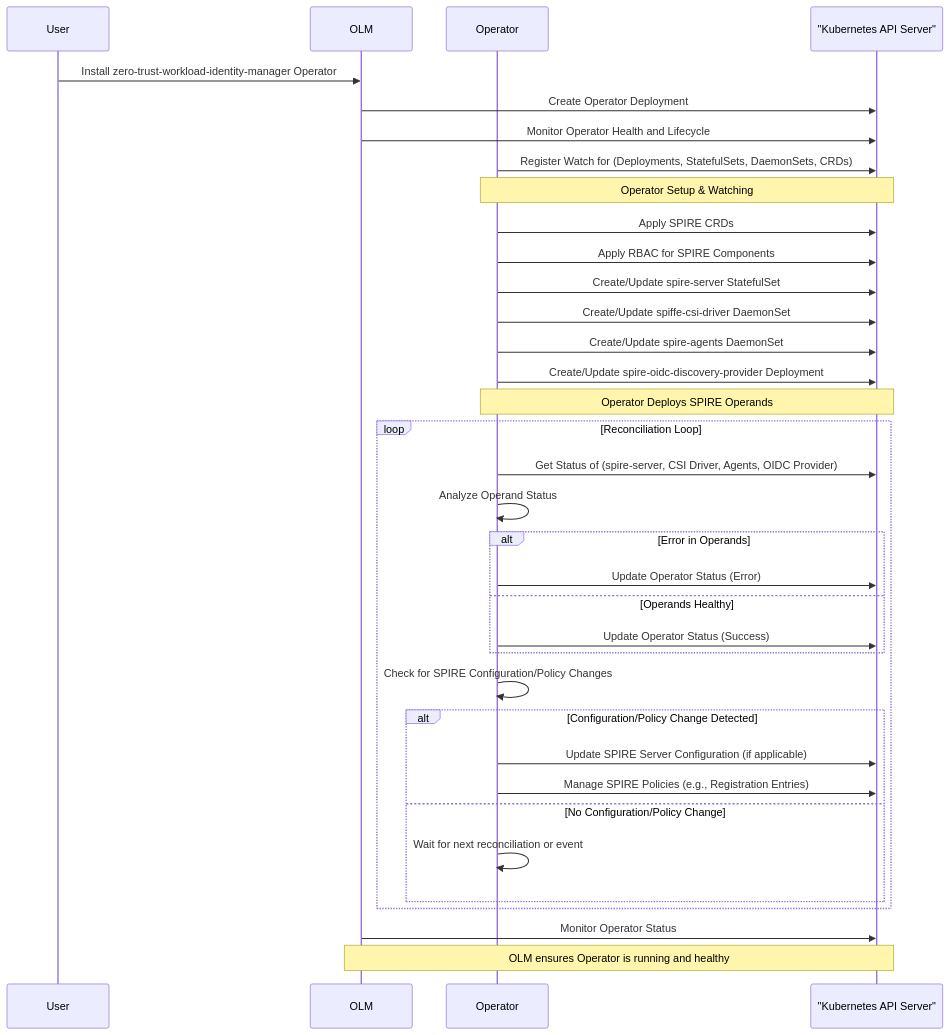
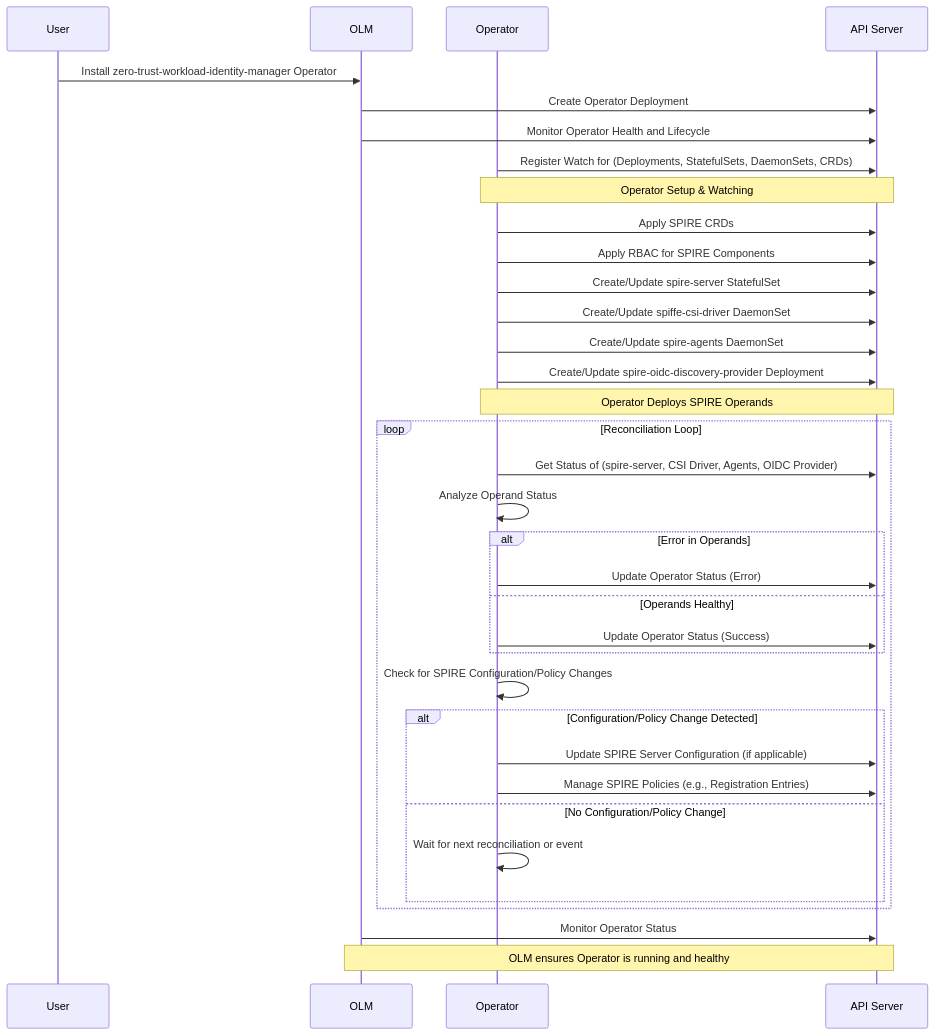
The diagram in enhancements/workload-identity-management/zero-trust-workload-identity-manager.md (openshift/enhancements), drawn with Mermaid before and after one commit. The commit also changed other lines of this file, not shown here.

Commit message:
removes the HA for spire servers from goals in TP

````diff
--- a/enhancements/workload-identity-management/zero-trust-workload-identity-manager.md
+++ b/enhancements/workload-identity-management/zero-trust-workload-identity-manager.md
@@ -177,46 +176,46 @@
 ```mermaid
 sequenceDiagram
     participant User
     participant OLM
     participant Operator
-    participant "Kubernetes API Server"
+    participant API Server
 
     User ->> OLM: Install zero-trust-workload-identity-manager Operator
-    OLM ->> "Kubernetes API Server": Create Operator Deployment
-    OLM ->> "Kubernetes API Server": Monitor Operator Health and Lifecycle
+    OLM ->> API Server: Create Operator Deployment
+    OLM ->> API Server: Monitor Operator Health and Lifecycle
 
-    Operator ->> "Kubernetes API Server": Register Watch for (Deployments, StatefulSets, DaemonSets, CRDs)
+    Operator ->> API Server: Register Watch for (Deployments, StatefulSets, DaemonSets, CRDs)
 
-    Note over Operator, "Kubernetes API Server": Operator Setup & Watching
+    Note over Operator, API Server: Operator Setup & Watching
 
-    Operator ->> "Kubernetes API Server": Apply SPIRE CRDs
-    Operator ->> "Kubernetes API Server": Apply RBAC for SPIRE Components
+    Operator ->> API Server: Apply SPIRE CRDs
+    Operator ->> API Server: Apply RBAC for SPIRE Components
 
-    Operator ->> "Kubernetes API Server": Create/Update spire-server StatefulSet
-    Operator ->> "Kubernetes API Server": Create/Update spiffe-csi-driver DaemonSet
-    Operator ->> "Kubernetes API Server": Create/Update spire-agents DaemonSet
-    Operator ->> "Kubernetes API Server": Create/Update spire-oidc-discovery-provider Deployment
+    Operator ->> API Server: Create/Update spire-server StatefulSet
+    Operator ->> API Server: Create/Update spiffe-csi-driver DaemonSet
+    Operator ->> API Server: Create/Update spire-agents DaemonSet
+    Operator ->> API Server: Create/Update spire-oidc-discovery-provider Deployment
 
-    Note over Operator, "Kubernetes API Server": Operator Deploys SPIRE Operands
+    Note over Operator, API Server: Operator Deploys SPIRE Operands
 
     loop Reconciliation Loop
-        Operator ->> "Kubernetes API Server": Get Status of (spire-server, CSI Driver, Agents, OIDC Provider)
+        Operator ->> API Server: Get Status of (spire-server, CSI Driver, Agents, OIDC Provider)
         Operator ->> Operator: Analyze Operand Status
         alt Error in Operands
-            Operator ->> "Kubernetes API Server": Update Operator Status (Error)
+            Operator ->> API Server: Update Operator Status (Error)
         else Operands Healthy
-            Operator ->> "Kubernetes API Server": Update Operator Status (Success)
+            Operator ->> API Server: Update Operator Status (Success)
         end
         Operator ->> Operator: Check for SPIRE Configuration/Policy Changes
         alt Configuration/Policy Change Detected
-            Operator ->> "Kubernetes API Server": Update SPIRE Server Configuration (if applicable)
-            Operator ->> "Kubernetes API Server": Manage SPIRE Policies (e.g., Registration Entries)
+            Operator ->> API Server: Update SPIRE Server Configuration (if applicable)
+            Operator ->> API Server: Manage SPIRE Policies (e.g., Registration Entries)
         else No Configuration/Policy Change
             Operator ->> Operator: Wait for next reconciliation or event
         end
     end
 
-    OLM ->> "Kubernetes API Server": Monitor Operator Status
-    Note over OLM, "Kubernetes API Server": OLM ensures Operator is running and healthy
+    OLM ->> API Server: Monitor Operator Status
+    Note over OLM, API Server: OLM ensures Operator is running and healthy
 
 ```
````
